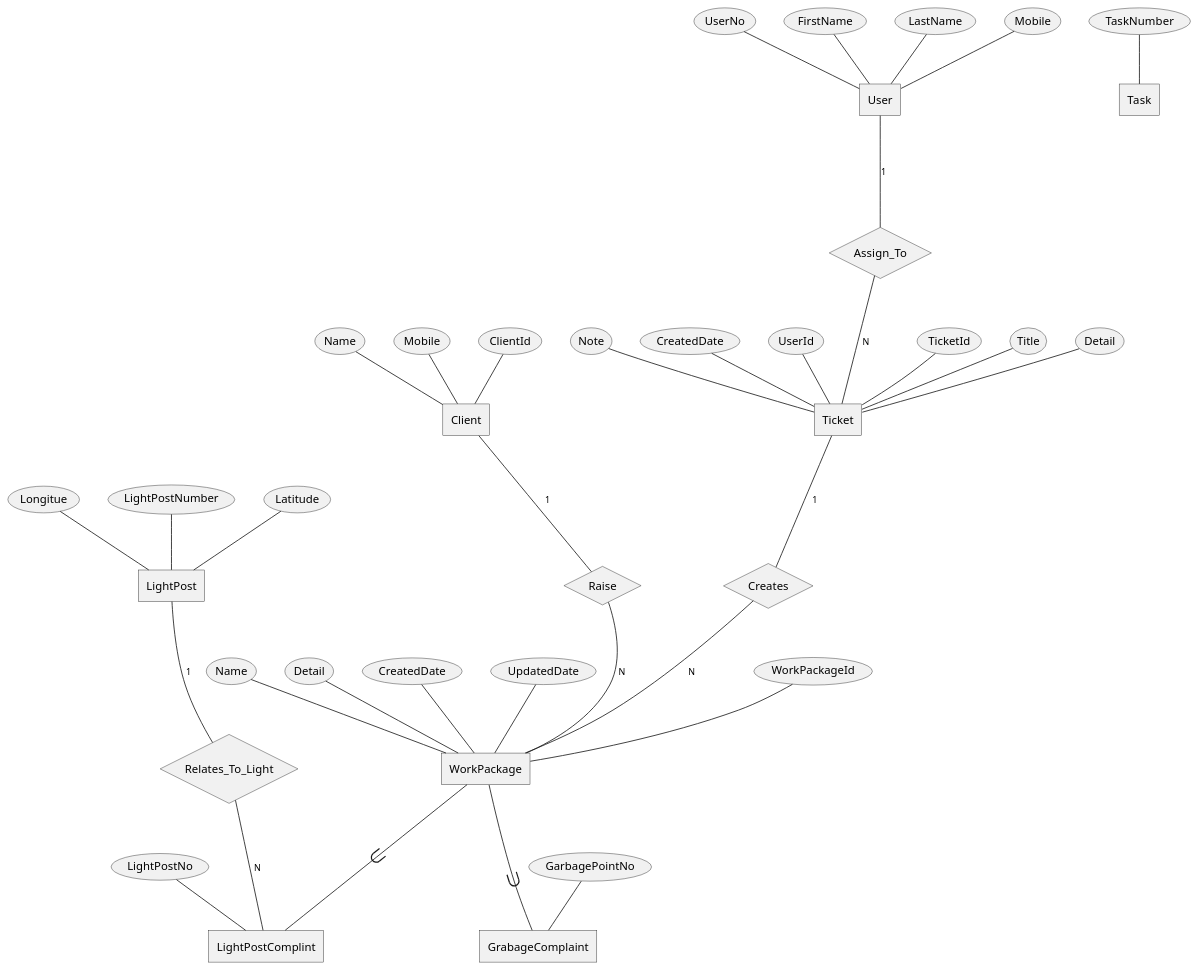
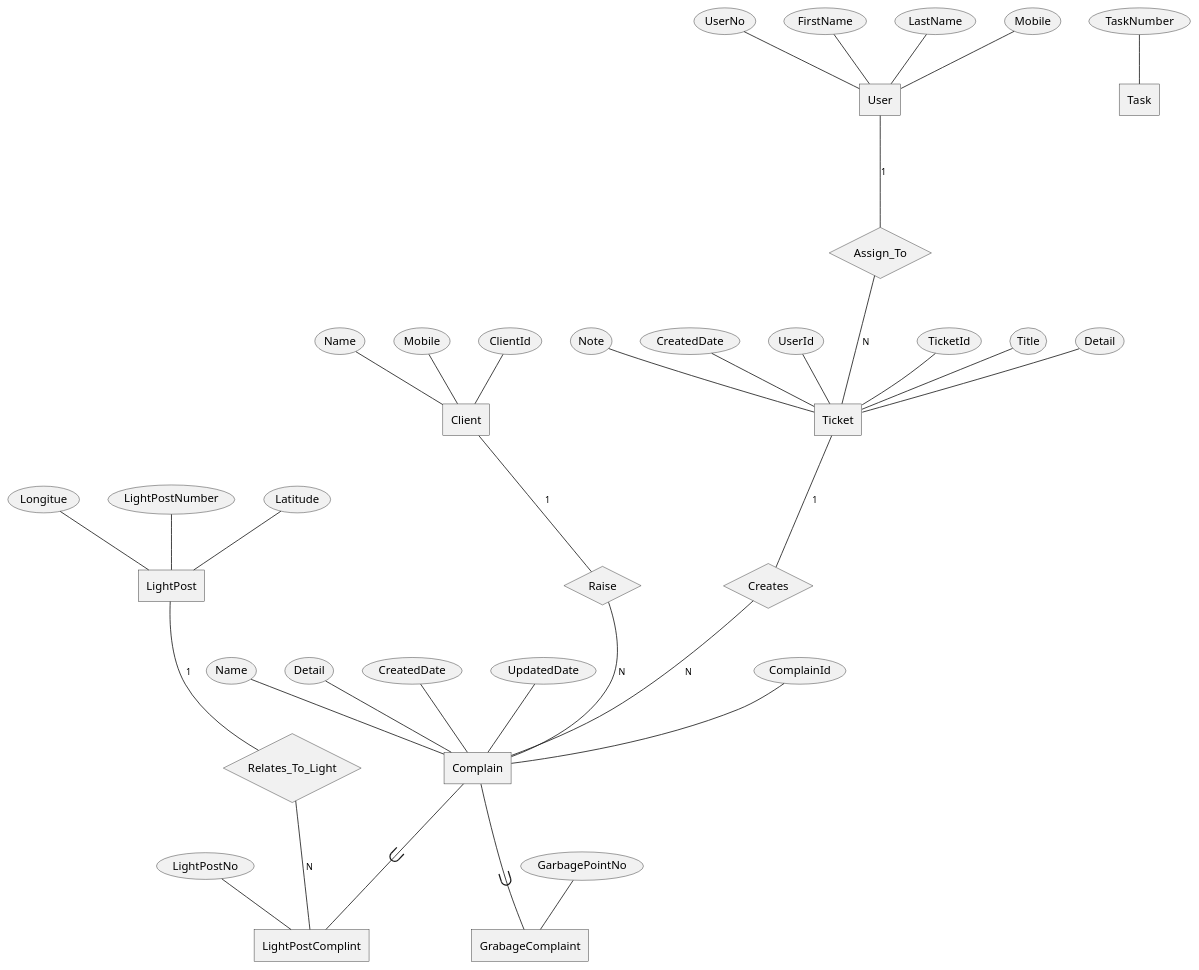
The diagram in PSMBackend/WebAPI/Diagrams/Data/ER.puml (rukshansuranga/smart-city), drawn with PlantUML before and after one commit. The commit also changed 971 other files, not shown here.

```diff
--- a/PSMBackend/WebAPI/Diagrams/Data/ER.puml
+++ b/PSMBackend/WebAPI/Diagrams/Data/ER.puml
@@ -2,86 +2,86 @@
 @startchen
 
 entity User {
     UserNo
     FirstName
     LastName
     Mobile
 }
 
 
 entity Ticket {
     TicketId
     ' Name
     Title
     Detail
     Note
     CreatedDate
     UserId
 }
 
 relationship Assign_To{
 
 }
 
 User -1- Assign_To
 Assign_To -N- Ticket
 
 entity Client {
     ClientId
     Name
     Mobile
 }
 
-entity WorkPackage{
-    WorkPackageId
+entity Complain{
+    ComplainId
     Name
     Detail
     CreatedDate
     UpdatedDate
 }
 
 relationship Raise{
 
 }
 
 Client -1- Raise
-Raise -N- WorkPackage
+Raise -N- Complain
 
 relationship Creates{
 
 }
 
 
 Ticket -1- Creates
-Creates -N- WorkPackage
+Creates -N- Complain
 
 entity LightPostComplint{
     LightPostNo
 }
 
 entity GrabageComplaint{
     GarbagePointNo
 }
 
 entity Task{
     TaskNumber
 }
 
-WorkPackage ->- LightPostComplint
-WorkPackage ->- GrabageComplaint
+Complain ->- LightPostComplint
+Complain ->- GrabageComplaint
 
 entity LightPost{
     LightPostNumber
     Latitude
     Longitue
 }
 
 relationship Relates_To_Light{
 
 }
 
 
 LightPost -1- Relates_To_Light
 Relates_To_Light -N- LightPostComplint
 
 @endchen
```
